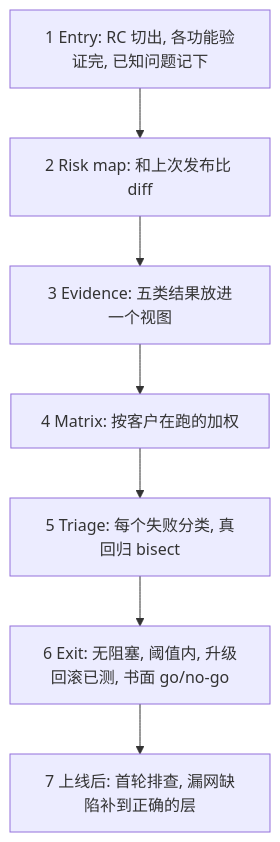
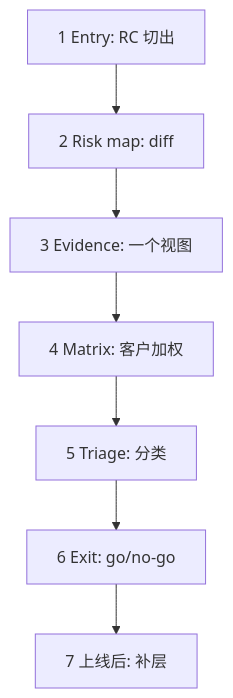
The diagram in vault/interviews/companies/cerebras/deck/cards/hm/cbr-hm-test-release.md (ChiChasesCheese/trellis), drawn with Mermaid before and after one commit. The commit also changed 27 other files, not shown here.

First line of the commit message:
Cerebras HM prep: phone-sized diagrams and two corrected facts in the 100 cards for the hiring-manager round

````diff
--- a/vault/interviews/companies/cerebras/deck/cards/hm/cbr-hm-test-release.md
+++ b/vault/interviews/companies/cerebras/deck/cards/hm/cbr-hm-test-release.md
@@ -19,9 +19,9 @@
 ```mermaid
 flowchart TD
-    A["1 Entry: RC 切出, 各功能验证完, 已知问题记下"] --> B["2 Risk map: 和上次发布比 diff"]
-    B --> C["3 Evidence: 五类结果放进一个视图"]
-    C --> D["4 Matrix: 按客户在跑的加权"]
-    D --> E["5 Triage: 每个失败分类, 真回归 bisect"]
-    E --> F["6 Exit: 无阻塞, 阈值内, 升级回滚已测, 书面 go/no-go"]
-    F --> G["7 上线后: 首轮排查, 漏网缺陷补到正确的层"]
+    A["1 Entry: RC 切出"] --> B["2 Risk map: diff"]
+    B --> C["3 Evidence: 一个视图"]
+    C --> D["4 Matrix: 客户加权"]
+    D --> E["5 Triage: 分类"]
+    E --> F["6 Exit: go/no-go"]
+    F --> G["7 上线后: 补层"]
 ```
````
